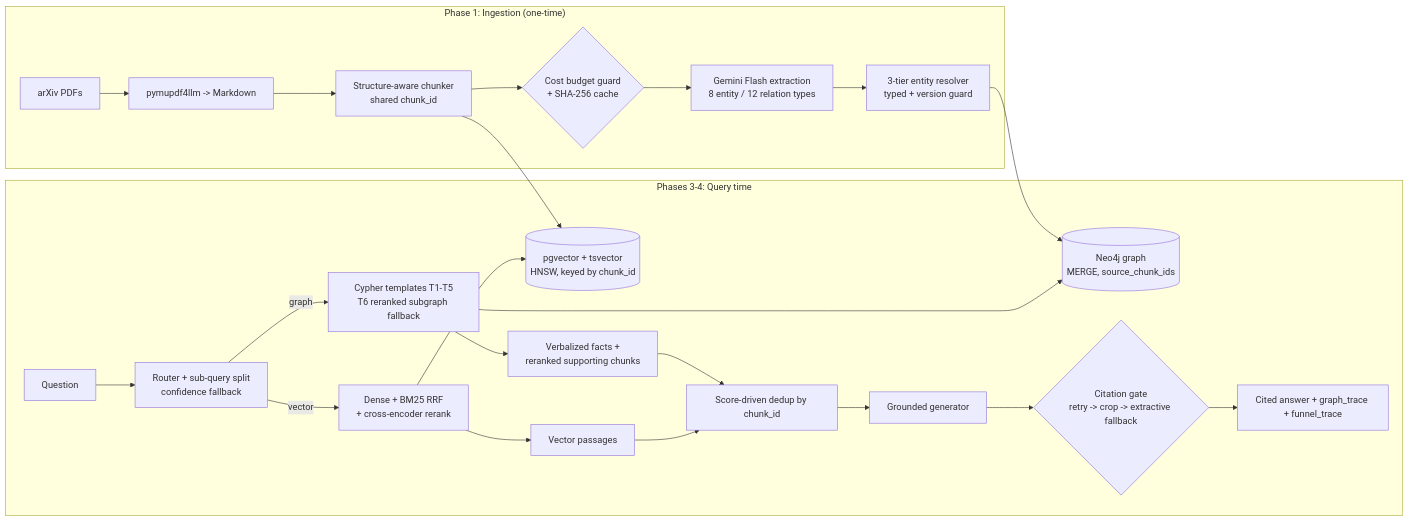
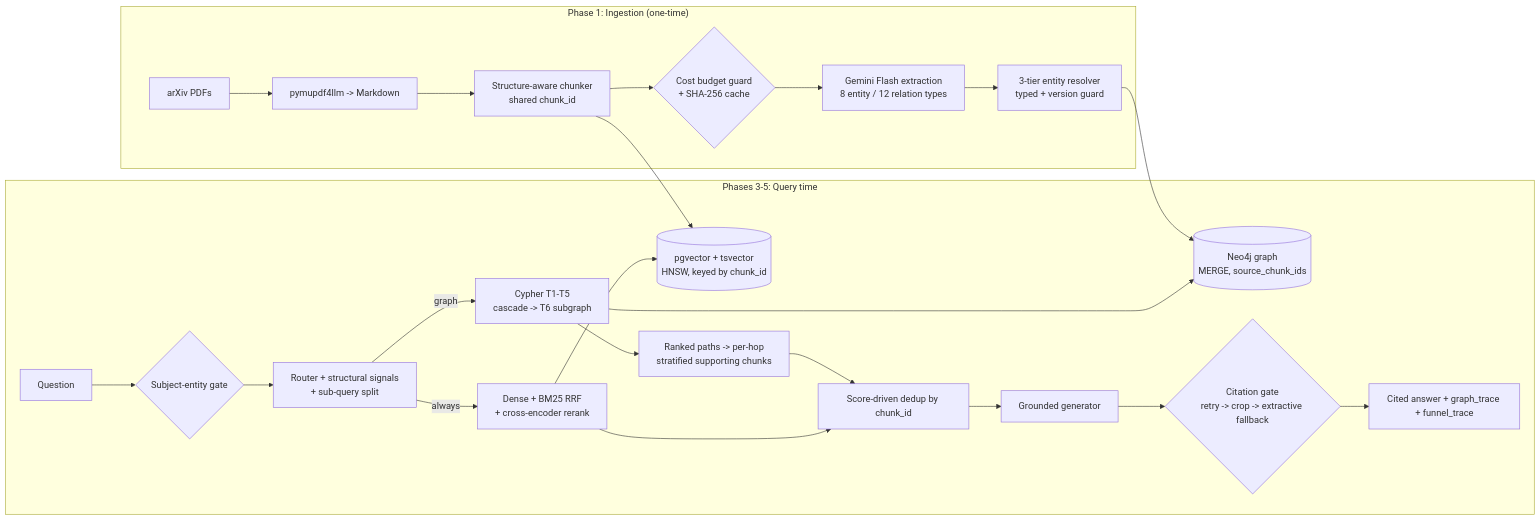
One commit to Abdu1Hak/ArchGraph-RAG changed the diagram in README.md. Above: the diagram before and after it, drawn with Mermaid. The commit also changed other lines of this file and 98 other files, not shown here.

Commit message:
optimized retrieval flow with onnx neural re-ranker, hipporag personalized pagerank, and corpus core-body section filter

````diff
--- a/README.md
+++ b/README.md
@@ -94,26 +158,26 @@
 ```mermaid
 flowchart LR
     subgraph Ingestion["Phase 1: Ingestion (one-time)"]
         A[arXiv PDFs] --> B[pymupdf4llm -> Markdown]
         B --> C[Structure-aware chunker<br/>shared chunk_id]
         C --> D{Cost budget guard<br/>+ SHA-256 cache}
         D --> E[Gemini Flash extraction<br/>8 entity / 12 relation types]
         E --> F[3-tier entity resolver<br/>typed + version guard]
     end
     F --> G[(Neo4j graph<br/>MERGE, source_chunk_ids)]
     C --> H[(pgvector + tsvector<br/>HNSW, keyed by chunk_id)]
-    subgraph Query["Phases 3-4: Query time"]
-        Q[Question] --> R[Router + sub-query split<br/>confidence fallback]
-        R -->|graph| T[Cypher templates T1-T5<br/>T6 reranked subgraph fallback]
-        R -->|vector| V[Dense + BM25 RRF<br/>+ cross-encoder rerank]
+    subgraph Query["Phases 3-5: Query time"]
+        Q[Question] --> SG{Subject-entity gate}
+        SG --> R[Router + structural signals<br/>+ sub-query split]
+        R -->|graph| T[Cypher T1-T5<br/>cascade -> T6 subgraph]
+        R -->|always| V[Dense + BM25 RRF<br/>+ cross-encoder rerank]
         T --> G
         V --> H
-        T --> S[Verbalized facts +<br/>reranked supporting chunks]
-        V --> P[Vector passages]
+        T --> S[Ranked paths -> per-hop<br/>stratified supporting chunks]
         S --> M[Score-driven dedup by chunk_id]
-        P --> M
+        V --> M
         M --> L[Grounded generator]
         L --> X{Citation gate<br/>retry -> crop -> extractive fallback}
         X --> Y[Cited answer + graph_trace + funnel_trace]
     end
 ```
````
